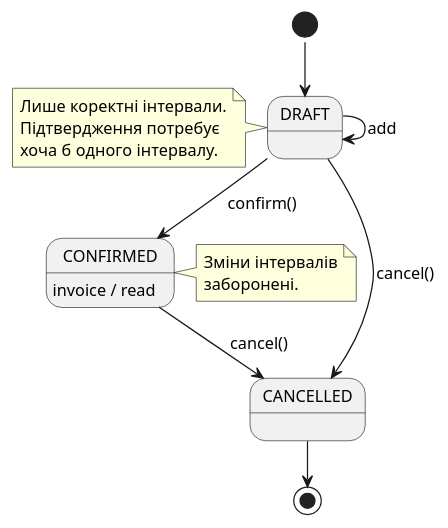
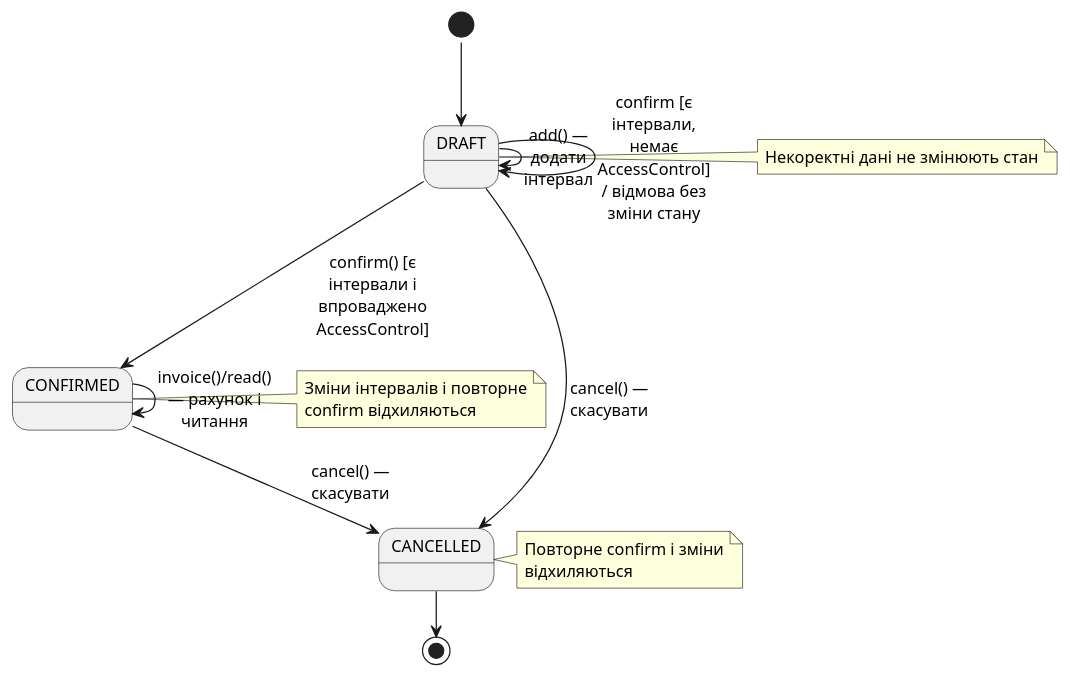
Before and after one commit to auulina21/coworking-19: the diagram in docs/state-print.puml, drawn with PlantUML. The commit also changed 28 other files, not shown here.

```diff
--- a/docs/state-print.puml
+++ b/docs/state-print.puml
@@ -1,23 +1,28 @@
 @startuml
 !pragma layout smetana
 skinparam defaultFontName Arial
 skinparam defaultFontSize 13
+skinparam maxMessageSize 85
+skinparam wrapWidth 220
 skinparam nodesep 35
 skinparam ranksep 45
 [*] --> DRAFT
-DRAFT --> DRAFT : add
-DRAFT --> CONFIRMED : confirm()
-CONFIRMED : invoice / read
-DRAFT --> CANCELLED : cancel()
-CONFIRMED --> CANCELLED : cancel()
+DRAFT --> DRAFT : add() — додати інтервал
+DRAFT --> CONFIRMED : confirm() [є інтервали і впроваджено AccessControl]
+CONFIRMED --> CONFIRMED : invoice()/read() — рахунок і читання
+DRAFT --> CANCELLED : cancel() — скасувати
+CONFIRMED --> CANCELLED : cancel() — скасувати
 CANCELLED --> [*]
-note left of DRAFT
-Лише коректні інтервали.
-Підтвердження потребує
-хоча б одного інтервалу.
+note right of DRAFT
+Некоректні дані не змінюють стан
 end note
-note left of CONFIRMED
-Зміни інтервалів
-заборонені.
+note right of CONFIRMED
+Зміни інтервалів і повторне confirm відхиляються
 end note
+
+note right of CANCELLED
+Повторне confirm і зміни відхиляються
+end note
+
+DRAFT --> DRAFT : confirm [є інтервали, немає AccessControl] / відмова без зміни стану
 @enduml
```
